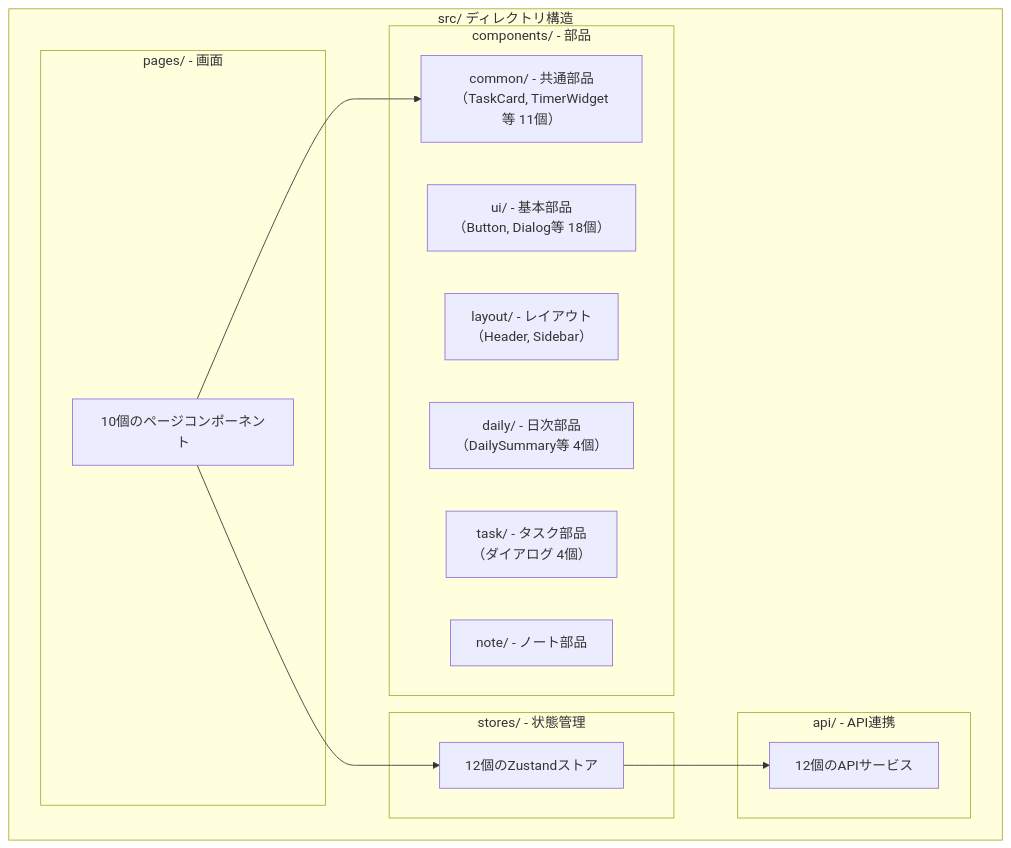
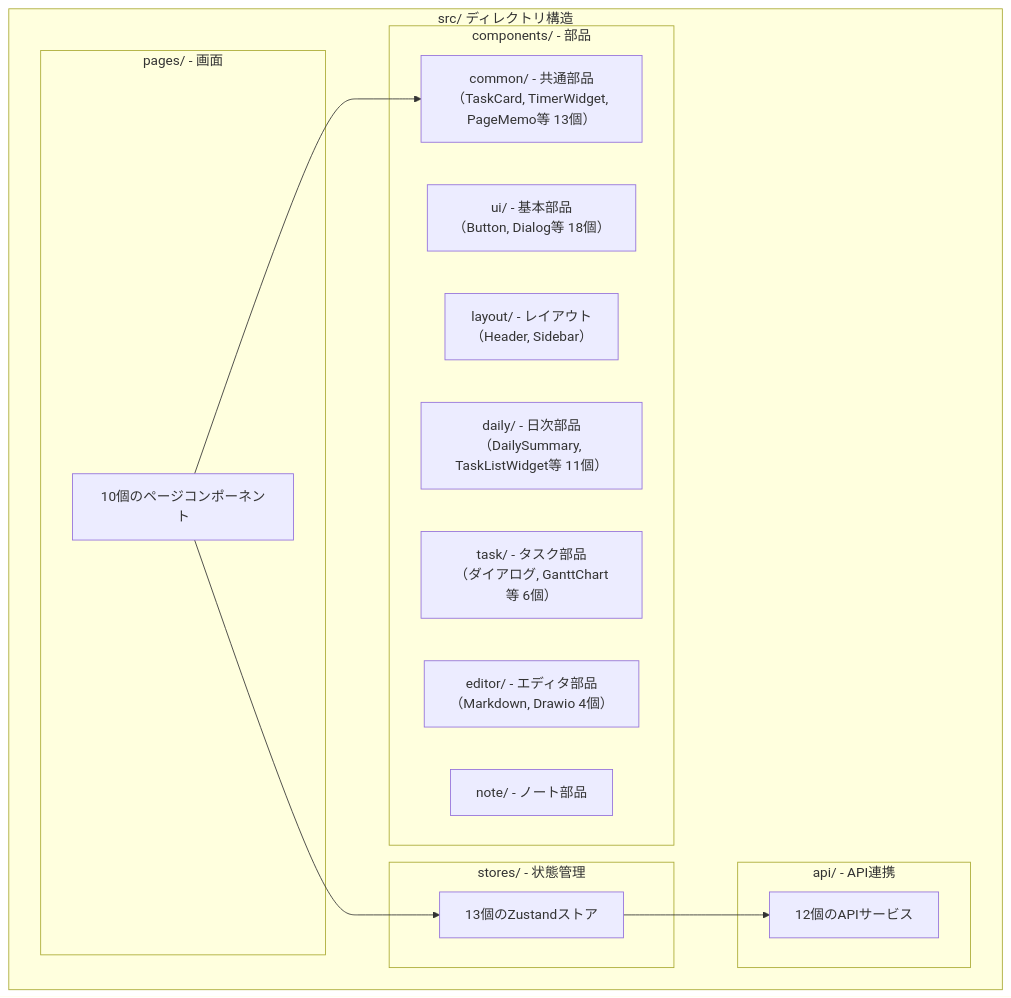
The third of 15 diagrams in mydocs/architecture_guide_for_beginners.md (yu-min3/kensan), drawn with Mermaid before and after one commit. The commit also changed other lines of this file and 41 other files, not shown here.

````diff
--- a/mydocs/architecture_guide_for_beginners.md
+++ b/mydocs/architecture_guide_for_beginners.md
@@ -166,29 +166,30 @@
 ```mermaid
 graph TB
     subgraph "src/ ディレクトリ構造"
         subgraph "pages/ - 画面"
             P["10個のページコンポーネント"]
         end
 
         subgraph "components/ - 部品"
             UI["ui/ - 基本部品<br/>（Button, Dialog等 18個）"]
             Layout["layout/ - レイアウト<br/>（Header, Sidebar）"]
-            Common["common/ - 共通部品<br/>（TaskCard, TimerWidget等 11個）"]
-            Daily["daily/ - 日次部品<br/>（DailySummary等 4個）"]
-            Task["task/ - タスク部品<br/>（ダイアログ 4個）"]
+            Common["common/ - 共通部品<br/>（TaskCard, TimerWidget, PageMemo等 13個）"]
+            Daily["daily/ - 日次部品<br/>（DailySummary, TaskListWidget等 11個）"]
+            Task["task/ - タスク部品<br/>（ダイアログ, GanttChart等 6個）"]
+            Editor["editor/ - エディタ部品<br/>（Markdown, Drawio 4個）"]
             Note["note/ - ノート部品"]
         end
 
         subgraph "stores/ - 状態管理"
-            ST["12個のZustandストア"]
+            ST["13個のZustandストア"]
         end
 
         subgraph "api/ - API連携"
             API["12個のAPIサービス"]
         end
     end
 
     P --> Common
     P --> ST
     ST --> API
 ```
````
